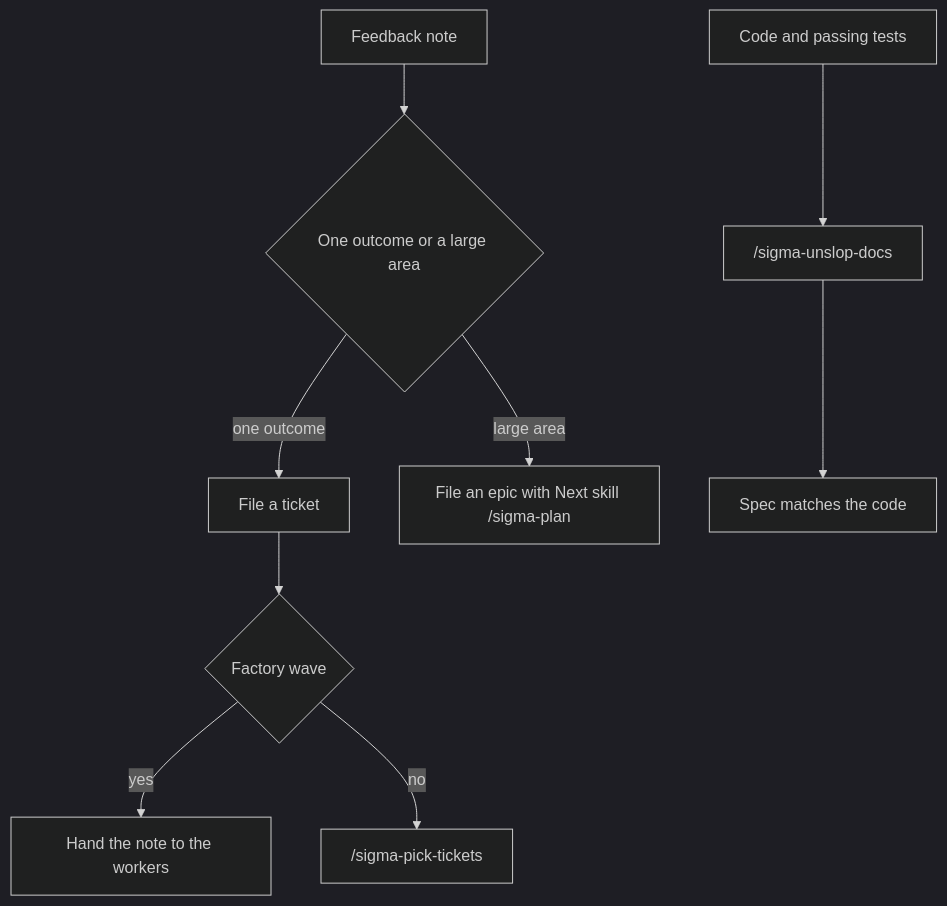
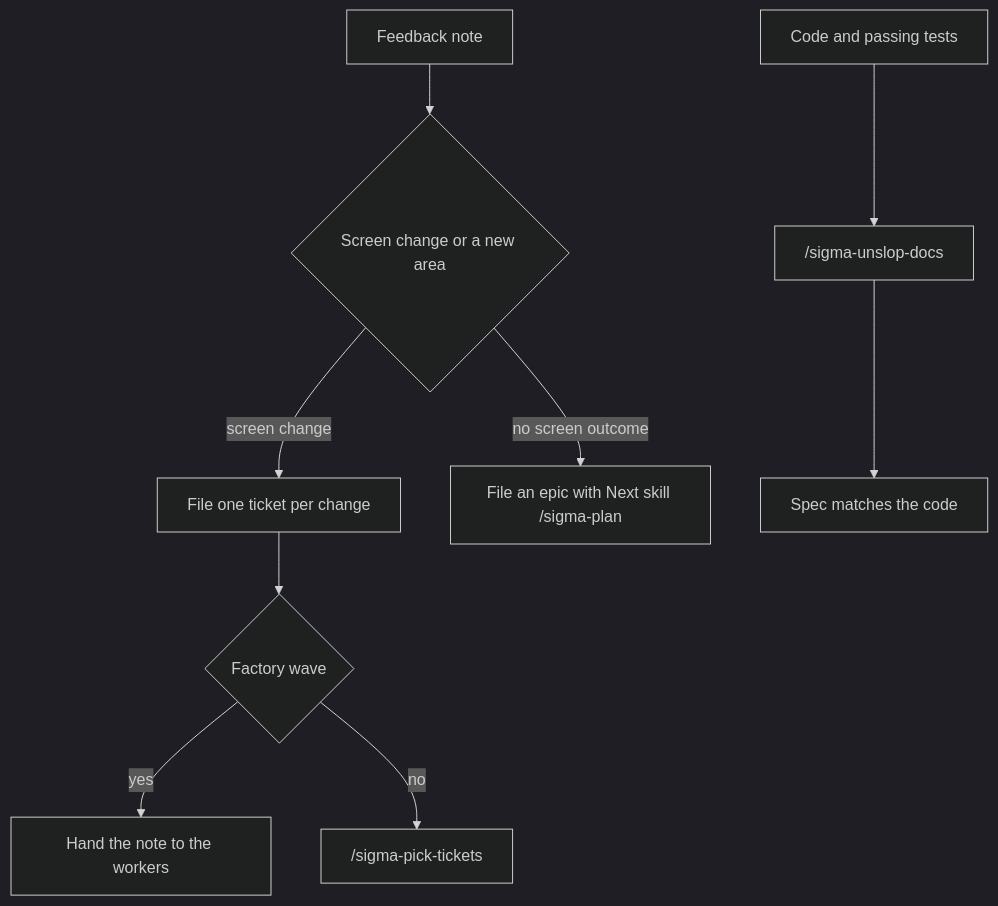
The second of 3 diagrams in README.md (sigma-michael/sigma-build-factory), drawn with Mermaid (dark theme) before and after one commit. The commit also changed other lines of this file and 6 other files, not shown here.

````diff
--- a/README.md
+++ b/README.md
@@ -63,12 +63,12 @@
 ```mermaid
 flowchart TD
   note[Feedback note]
-  note --> cut{One outcome or a large area}
-  cut -->|one outcome| ticket[File a ticket]
-  cut -->|large area| epic["File an epic with Next skill /sigma-plan"]
+  note --> cut{Screen change or a new area}
+  cut -->|screen change| ticket[File one ticket per change]
+  cut -->|no screen outcome| epic["File an epic with Next skill /sigma-plan"]
   ticket --> factory{Factory wave}
   factory -->|yes| workers[Hand the note to the workers]
   factory -->|no| pick["/sigma-pick-tickets"]
   code[Code and passing tests] --> docs["/sigma-unslop-docs"]
   docs --> spec[Spec matches the code]
 ```
````
